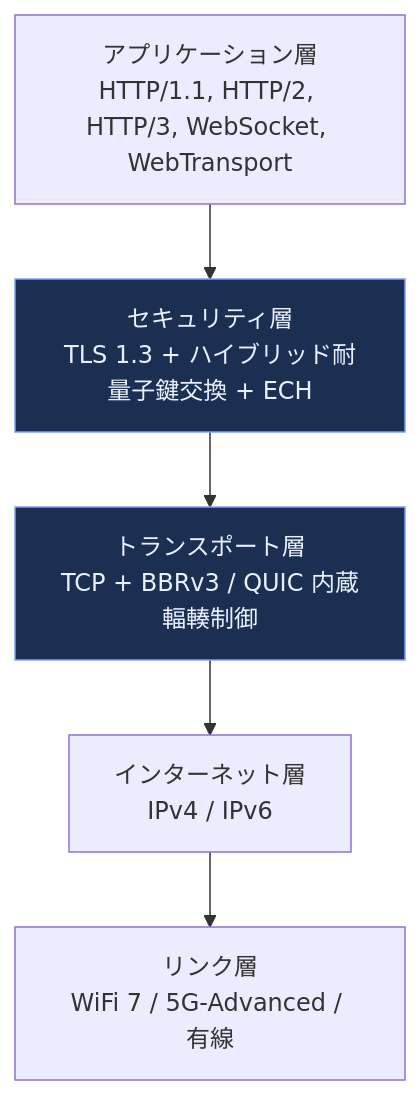
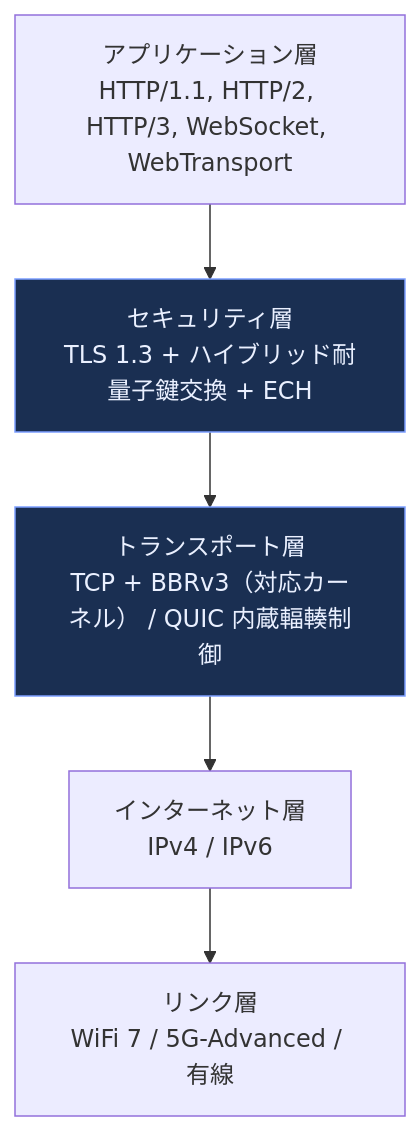
Before and after one commit to myoshi2891/Cloud-Infrastructure-Studies: diagram 32 of 33 in High-performance-browser-networking.md, drawn with Mermaid. The commit also changed other lines of this file, not shown here.

````diff
--- a/High-performance-browser-networking.md
+++ b/High-performance-browser-networking.md
@@ -1144,10 +1150,10 @@
 ```mermaid
 flowchart TB
     App[アプリケーション層<br/>HTTP/1.1, HTTP/2, HTTP/3, WebSocket, WebTransport] --> Sec[セキュリティ層<br/>TLS 1.3 + ハイブリッド耐量子鍵交換 + ECH]
-    Sec --> Trans[トランスポート層<br/>TCP + BBRv3 / QUIC 内蔵輻輳制御]
+    Sec --> Trans[トランスポート層<br/>TCP + BBRv3（対応カーネル） / QUIC 内蔵輻輳制御]
     Trans --> Net[インターネット層<br/>IPv4 / IPv6]
     Net --> Link[リンク層<br/>WiFi 7 / 5G-Advanced / 有線]
 
     classDef highlightFill fill:#1a2f52,stroke:#7c9eff,color:#eaf0ff
     class Sec,Trans highlightFill
 ```
````
